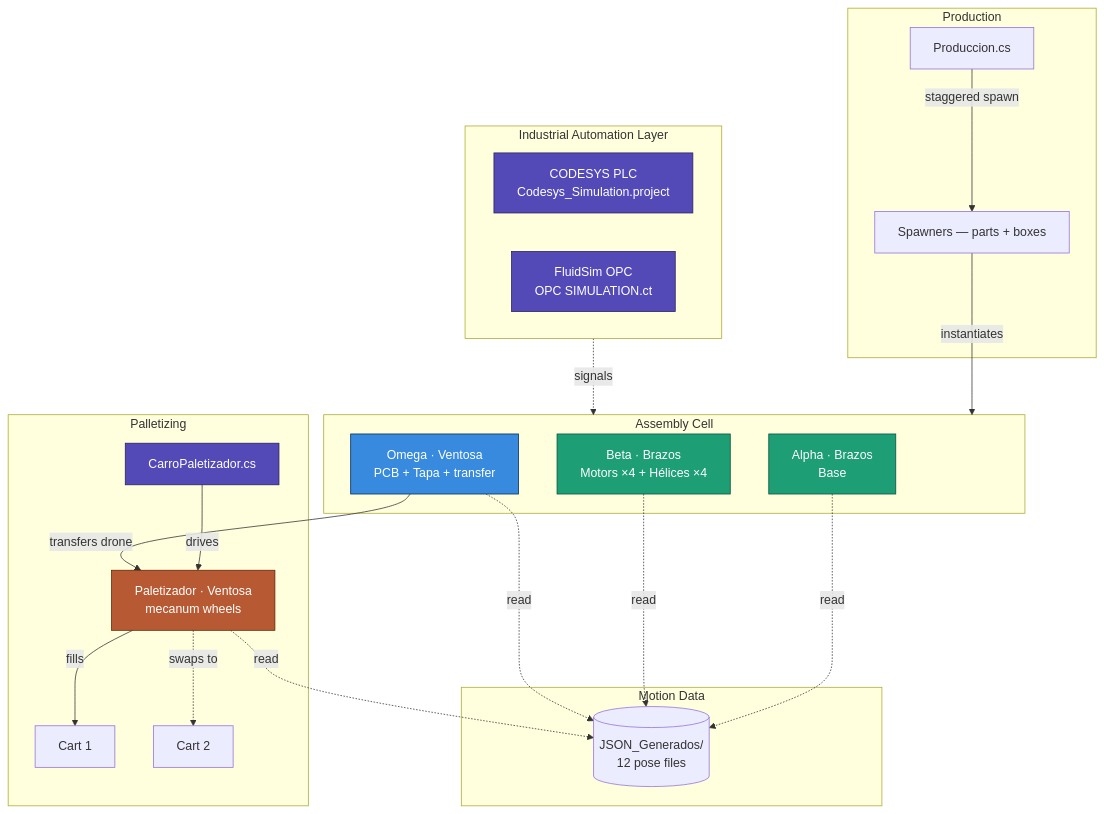
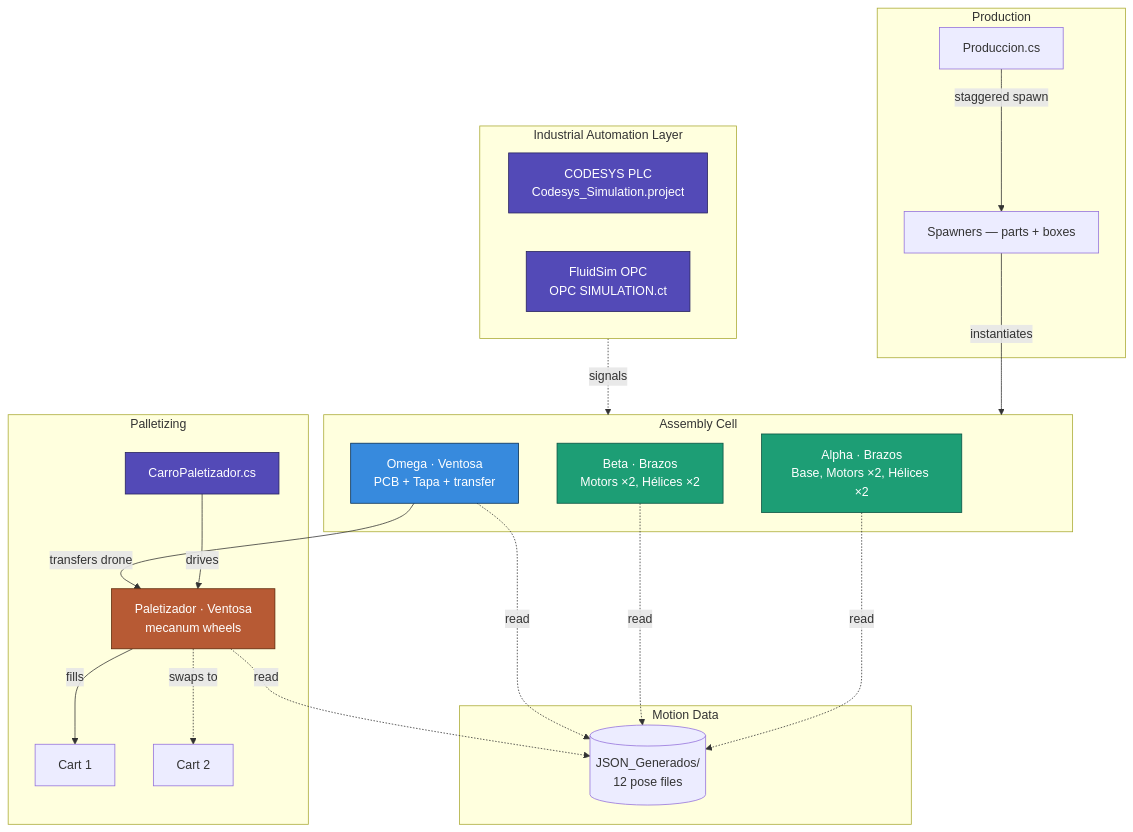
The first of 6 diagrams in README.md (jorgefajardom-coder/drone-packaging-simulation-unity), drawn with Mermaid before and after one commit. The commit also changed other lines of this file, not shown here.

````diff
--- a/README.md
+++ b/README.md
@@ -105,41 +105,41 @@
 ```mermaid
 graph TB
     subgraph EXT["Industrial Automation Layer"]
         direction LR
         PLC[CODESYS PLC<br/>Codesys_Simulation.project]
         OPC[FluidSim OPC<br/>OPC SIMULATION.ct]
     end
 
     subgraph PROD["Production"]
         P[Produccion.cs] -->|staggered spawn| SP[Spawners — parts + boxes]
     end
 
     subgraph JSON["Motion Data"]
         JF[(JSON_Generados/<br/>12 pose files)]
     end
 
     subgraph ASSEMBLY["Assembly Cell"]
-        B1[Alpha · Brazos<br/>Base]
-        B2[Beta · Brazos<br/>Motors ×4 + Hélices ×4]
+        B1[Alpha · Brazos<br/>Base, Motors ×2, Hélices ×2]
+        B2[Beta · Brazos<br/>Motors ×2, Hélices ×2]
         B3[Omega · Ventosa<br/>PCB + Tapa + transfer]
     end
 
     subgraph PALLET["Palletizing"]
         CARRO[CarroPaletizador.cs] -->|drives| B4[Paletizador · Ventosa<br/>mecanum wheels]
         B4 -->|fills| C1[Cart 1]
         B4 -.->|swaps to| C2[Cart 2]
     end
 
     SP -->|instantiates| ASSEMBLY
     B1 & B2 & B3 & B4 -. read .-> JF
     B3 -->|transfers drone| B4
     EXT -.->|signals| ASSEMBLY
 
     style B1 fill:#1D9E75,stroke:#085041,color:#fff
     style B2 fill:#1D9E75,stroke:#085041,color:#fff
     style B3 fill:#378ADD,stroke:#042C53,color:#fff
     style B4 fill:#B75A34,stroke:#5C2506,color:#fff
     style CARRO fill:#534AB7,stroke:#26215C,color:#fff
     style PLC fill:#534AB7,stroke:#26215C,color:#fff
     style OPC fill:#534AB7,stroke:#26215C,color:#fff
 ```
````
